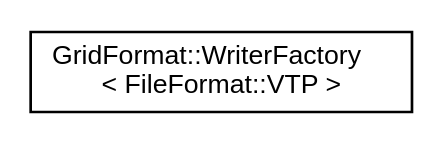
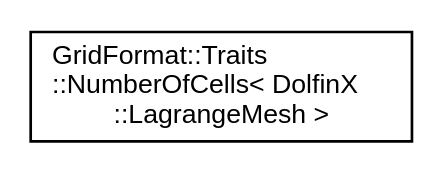
The diagram in inherit_graph_62.dot (dglaeser/gridformat), drawn with Graphviz before and after one commit. The commit also changed 484 other files, not shown here.

```diff
--- a/inherit_graph_62.dot
+++ b/inherit_graph_62.dot
@@ -1,8 +1,8 @@
 digraph "Graphical Class Hierarchy"
 {
  // LATEX_PDF_SIZE
   edge [fontname="Helvetica",fontsize="10",labelfontname="Helvetica",labelfontsize="10"];
   node [fontname="Helvetica",fontsize="10",shape=record];
   rankdir="LR";
-  Node0 [label="GridFormat::WriterFactory\l\< FileFormat::VTP \>",height=0.2,width=0.4,color="black", fillcolor="white", style="filled",URL="$structGridFormat_1_1WriterFactory_3_01FileFormat_1_1VTP_01_4.html",tooltip="Specialization of the WriterFactory for the .vtp format."];
+  Node0 [label="GridFormat::Traits\l::NumberOfCells\< DolfinX\l::LagrangeMesh \>",height=0.2,width=0.4,color="black", fillcolor="white", style="filled",URL="$structGridFormat_1_1Traits_1_1NumberOfCells_3_01DolfinX_1_1LagrangeMesh_01_4.html",tooltip=" "];
 }
```
